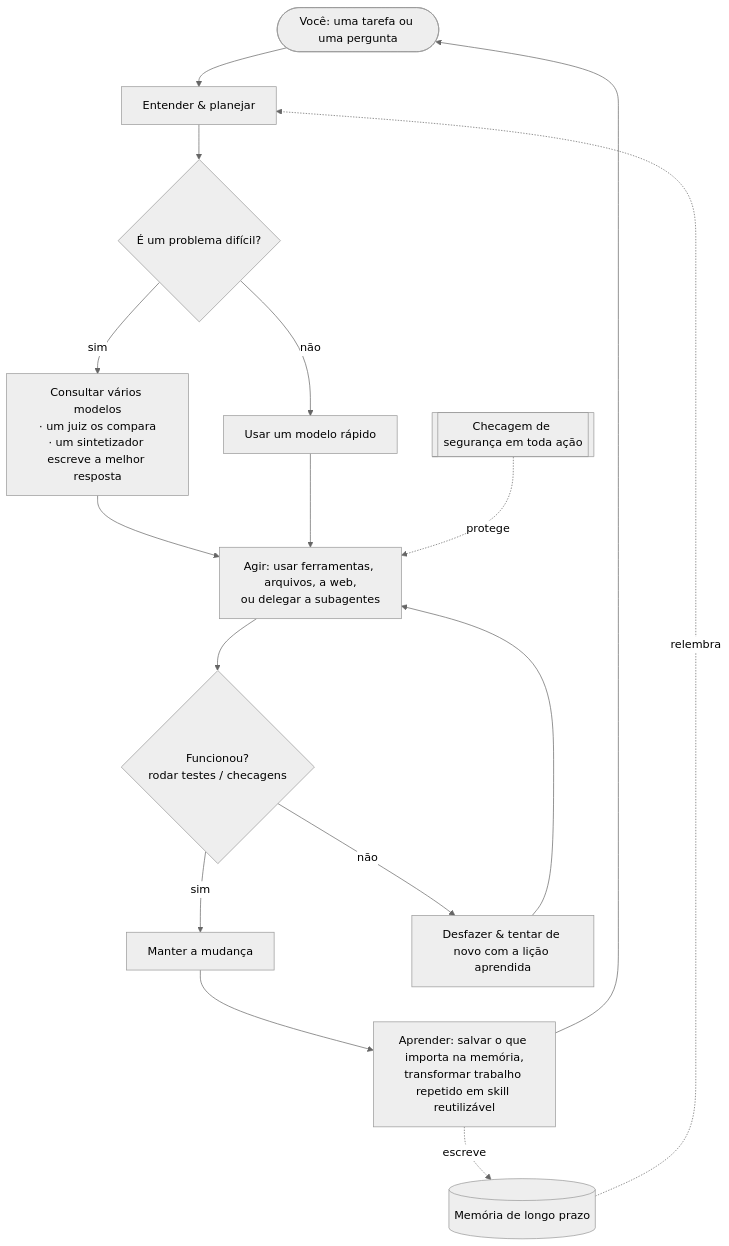
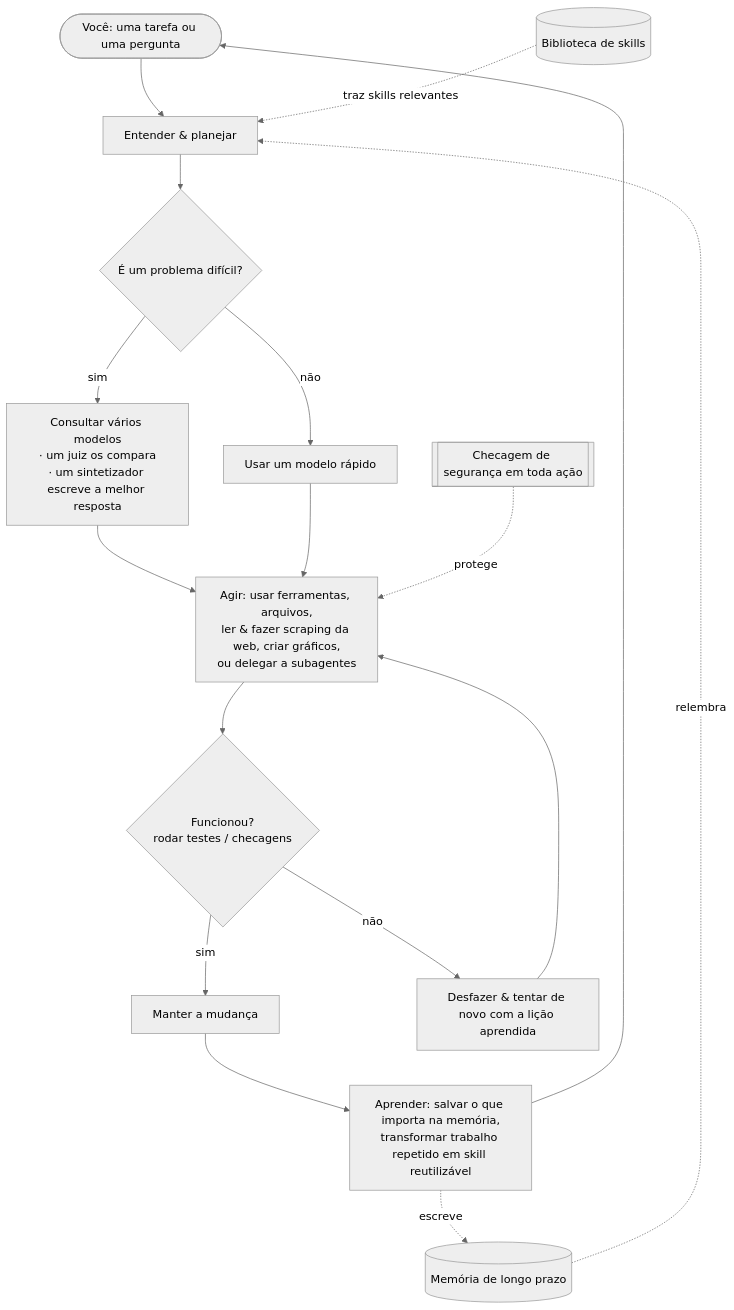
One commit to brcampidelli/chimera-agent changed the diagram in README.pt-BR.md. Above: the diagram before and after it, drawn with Mermaid (neutral theme). The commit also changed other lines of this file and 6 other files, not shown here.

````diff
--- a/README.pt-BR.md
+++ b/README.pt-BR.md
@@ -181,18 +182,19 @@
 ```mermaid
 flowchart TD
     U([Você: uma tarefa ou uma pergunta]) --> P[Entender & planejar]
     P --> Q{É um problema difícil?}
     Q -- sim --> FUSION[Consultar vários modelos<br/>· um juiz os compara<br/>· um sintetizador escreve a melhor resposta]
     Q -- não --> ONE[Usar um modelo rápido]
-    FUSION --> ACT[Agir: usar ferramentas, arquivos, a web,<br/>ou delegar a subagentes]
+    FUSION --> ACT[Agir: usar ferramentas, arquivos,<br/>ler & fazer scraping da web, criar gráficos,<br/>ou delegar a subagentes]
     ONE --> ACT
     ACT --> V{Funcionou?<br/>rodar testes / checagens}
     V -- sim --> KEEP[Manter a mudança]
     V -- não --> REVERT[Desfazer & tentar de novo com a lição aprendida]
     REVERT --> ACT
     KEEP --> LEARN[Aprender: salvar o que importa na memória,<br/>transformar trabalho repetido em skill reutilizável]
     LEARN --> U
     MEM[(Memória de longo prazo)] -. relembra .-> P
     LEARN -. escreve .-> MEM
+    SKILLS[(Biblioteca de skills)] -. traz skills relevantes .-> P
     GOV[[Checagem de segurança em toda ação]] -. protege .-> ACT
 ```
````
